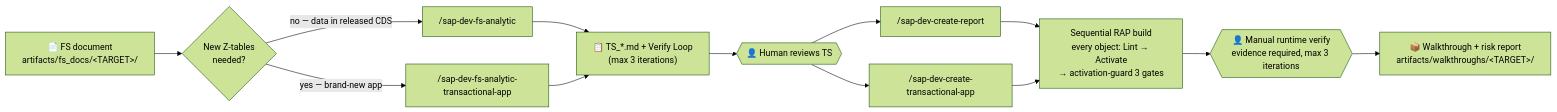
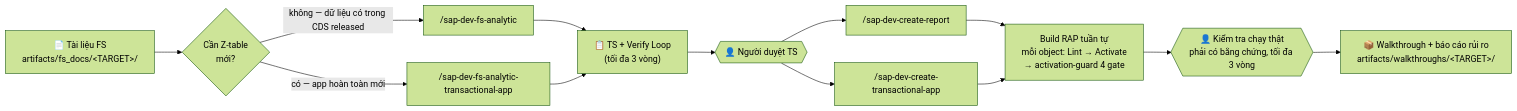
The second of 2 diagrams in README.md (kienannh0403/sap_cloud_ai_workspace), drawn with Mermaid (forest theme) before and after one commit. The commit also changed other lines of this file, not shown here.

````diff
--- a/README.md
+++ b/README.md
@@ -42,15 +57,15 @@
 ```mermaid
 flowchart LR
-    FS["📄 FS document<br/>artifacts/fs_docs/&lt;TARGET&gt;/"] --> A{"New Z-tables<br/>needed?"}
-    A -->|"no — data in released CDS"| FA["/sap-dev-fs-analytic"]
-    A -->|"yes — brand-new app"| FAT["/sap-dev-fs-analytic-transactional-app"]
-    FA --> TS["📋 TS_*.md + Verify Loop<br/>(max 3 iterations)"]
+    FS["📄 Tài liệu FS<br/>artifacts/fs_docs/&lt;TARGET&gt;/"] --> A{"Cần Z-table<br/>mới?"}
+    A -->|"không — dữ liệu có trong CDS released"| FA["/sap-dev-fs-analytic"]
+    A -->|"có — app hoàn toàn mới"| FAT["/sap-dev-fs-analytic-transactional-app"]
+    FA --> TS["📋 TS + Verify Loop<br/>(tối đa 3 vòng)"]
     FAT --> TS
-    TS --> G1{{"👤 Human reviews TS"}}
+    TS --> G1{{"👤 Người duyệt TS"}}
     G1 --> CR["/sap-dev-create-report"]
     G1 --> CTA["/sap-dev-create-transactional-app"]
-    CR --> BUILD["Sequential RAP build<br/>every object: Lint → Activate<br/>→ activation-guard 3 gates"]
+    CR --> BUILD["Build RAP tuần tự<br/>mỗi object: Lint → Activate<br/>→ activation-guard 4 gate"]
     CTA --> BUILD
-    BUILD --> G2{{"👤 Manual runtime verify<br/>evidence required, max 3 iterations"}}
-    G2 --> WT["📦 Walkthrough + risk report<br/>artifacts/walkthroughs/&lt;TARGET&gt;/"]
+    BUILD --> G2{{"👤 Kiểm tra chạy thật<br/>phải có bằng chứng, tối đa 3 vòng"}}
+    G2 --> WT["📦 Walkthrough + báo cáo rủi ro<br/>artifacts/walkthroughs/&lt;TARGET&gt;/"]
 ```
````
